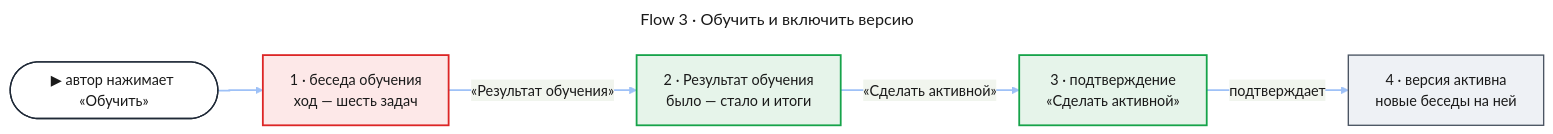
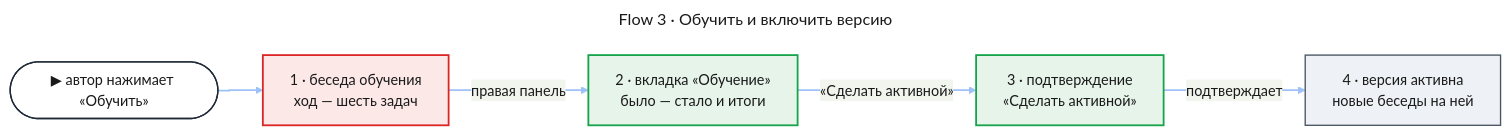
One commit to tundraray/agent-os changed the second of 3 diagrams in docs/features/self-learning/uxrd.md. Above: the diagram before and after it, drawn with Mermaid. The commit also changed other lines of this file and 155 other files, not shown here.

````diff
--- a/docs/features/self-learning/uxrd.md
+++ b/docs/features/self-learning/uxrd.md
@@ -109,43 +110,43 @@
 ```mermaid
 ---
 title: "Flow 3 · Обучить и включить версию"
 config:
   theme: base
   look: classic
   themeVariables:
     primaryColor: "#eef1f5"
     primaryBorderColor: "#4b5563"
     primaryTextColor: "#1a1a1a"
     lineColor: "#6b7280"
   flowchart:
     curve: step
   themeCSS: |
     @keyframes litr_slf2{0%,22.5%{stroke:#1d4ed8;stroke-width:6px}25%,100%{stroke:#9ec1f7;stroke-width:2px}}
 ---
 flowchart LR
     entry(["▶ автор нажимает «Обучить»"])
     conv["1 · беседа обучения<br/>ход — шесть задач"]
-    result["2 · Результат обучения<br/>было — стало и итоги"]
+    result["2 · вкладка «Обучение»<br/>было — стало и итоги"]
     dialog["3 · подтверждение<br/>«Сделать активной»"]
     active["4 · версия активна<br/>новые беседы на ней"]
     entry e1@--> conv
-    conv e2@-->|"«Результат обучения»"| result
+    conv e2@-->|"правая панель"| result
     result e3@-->|"«Сделать активной»"| dialog
     dialog e4@-->|"подтверждает"| active
     classDef entry fill:#ffffff,stroke:#1f2937,stroke-width:1.5px,color:#1a1a1a
     classDef changed fill:#fde8e8,stroke:#dc2626,stroke-width:2px,color:#1a1a1a
     classDef new fill:#e6f4ea,stroke:#16a34a,stroke-width:2px,color:#1a1a1a
     classDef unchanged fill:#eef1f5,stroke:#4b5563,stroke-width:1.5px,color:#1a1a1a
     classDef r1 stroke:#9ec1f7,stroke-width:2px,animation:litr_slf2 4.8s linear 0s infinite
     classDef r2 stroke:#9ec1f7,stroke-width:2px,animation:litr_slf2 4.8s linear 1.2s infinite
     classDef r3 stroke:#9ec1f7,stroke-width:2px,animation:litr_slf2 4.8s linear 2.4s infinite
     classDef r4 stroke:#9ec1f7,stroke-width:2px,animation:litr_slf2 4.8s linear 3.6s infinite
     class entry entry
     class conv changed
     class result,dialog new
     class active unchanged
     class e1 r1
     class e2 r2
     class e3 r3
     class e4 r4
 ```
````
